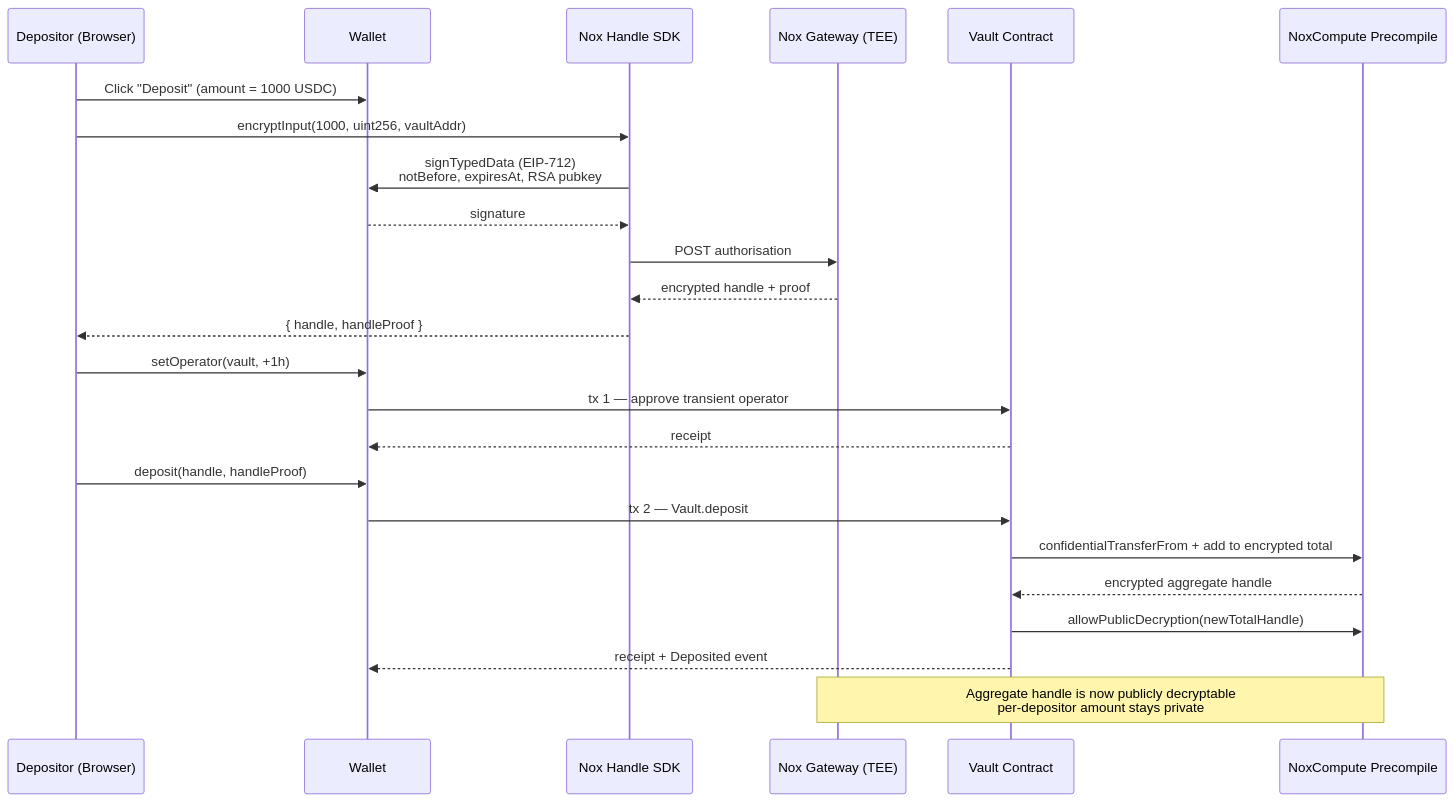
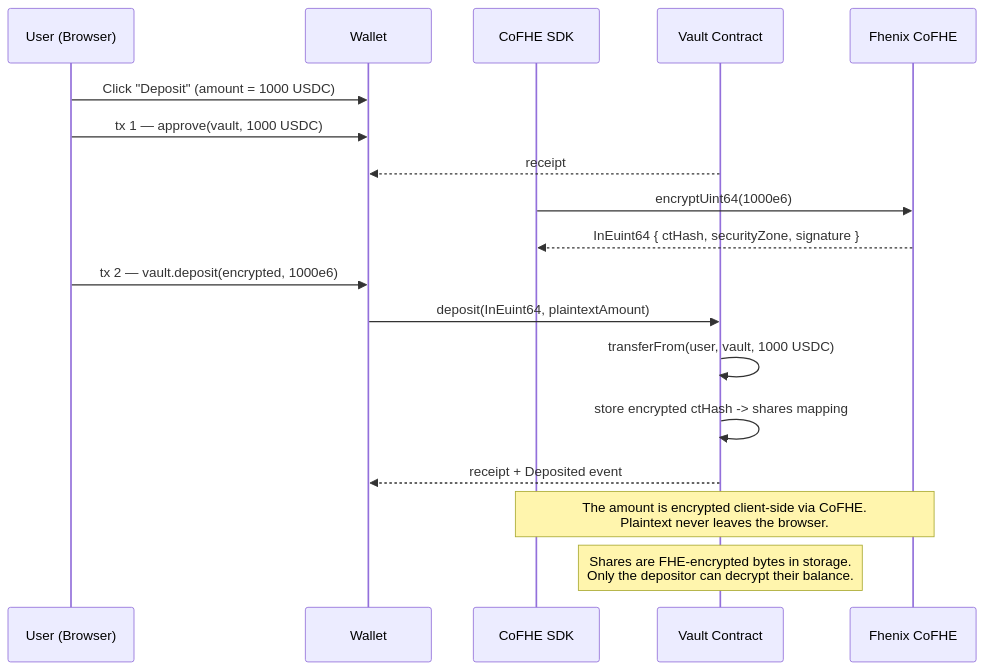
Before and after one commit to projectdummy2025/eNIX-main: the second of 3 diagrams in README.md, drawn with Mermaid. The commit also changed other lines of this file, not shown here.

````diff
--- a/README.md
+++ b/README.md
@@ -152,30 +134,24 @@
 ```mermaid
 sequenceDiagram
-    participant Depositor as Depositor (Browser)
+    participant User as User (Browser)
     participant Wallet as Wallet
-    participant SDK as Nox Handle SDK
-    participant Gateway as Nox Gateway (TEE)
+    participant SDK as CoFHE SDK
     participant Chain as Vault Contract
-    participant TEE as NoxCompute Precompile
+    participant FHE as Fhenix CoFHE
 
-    Depositor->>Wallet: Click "Deposit" (amount = 1000 USDC)
-    Depositor->>SDK: encryptInput(1000, uint256, vaultAddr)
-    SDK->>Wallet: signTypedData (EIP-712)<br/>notBefore, expiresAt, RSA pubkey
-    Wallet-->>SDK: signature
-    SDK->>Gateway: POST authorisation
-    Gateway-->>SDK: encrypted handle + proof
-    SDK-->>Depositor: { handle, handleProof }
-
-    Depositor->>Wallet: setOperator(vault, +1h)
-    Wallet->>Chain: tx 1 — approve transient operator
+    User->>Wallet: Click "Deposit" (amount = 1000 USDC)
+    User->>Wallet: tx 1 — approve(vault, 1000 USDC)
     Chain-->>Wallet: receipt
 
-    Depositor->>Wallet: deposit(handle, handleProof)
-    Wallet->>Chain: tx 2 — Vault.deposit
-    Chain->>TEE: confidentialTransferFrom + add to encrypted total
-    TEE-->>Chain: encrypted aggregate handle
-    Chain->>TEE: allowPublicDecryption(newTotalHandle)
+    SDK->>FHE: encryptUint64(1000e6)
+    FHE-->>SDK: InEuint64 { ctHash, securityZone, signature }
+
+    User->>Wallet: tx 2 — vault.deposit(encrypted, 1000e6)
+    Wallet->>Chain: deposit(InEuint64, plaintextAmount)
+    Chain->>Chain: transferFrom(user, vault, 1000 USDC)
+    Chain->>Chain: store encrypted ctHash -> shares mapping
     Chain-->>Wallet: receipt + Deposited event
 
-    Note over Gateway,TEE: Aggregate handle is now publicly decryptable<br/>per-depositor amount stays private
+    Note over SDK,FHE: The amount is encrypted client-side via CoFHE.<br/>Plaintext never leaves the browser.
+    Note over Chain: Shares are FHE-encrypted bytes in storage.<br/>Only the depositor can decrypt their balance.
 ```
````
